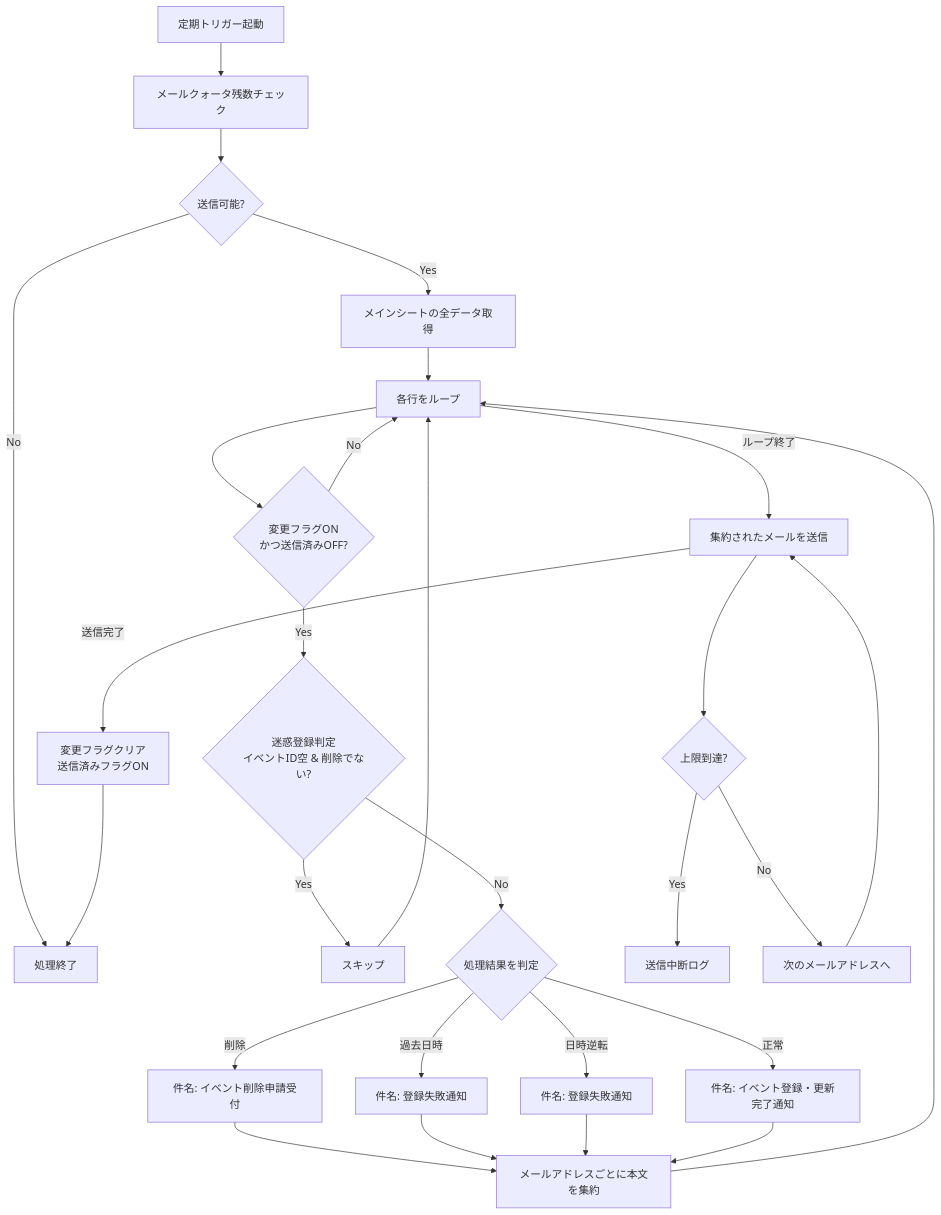
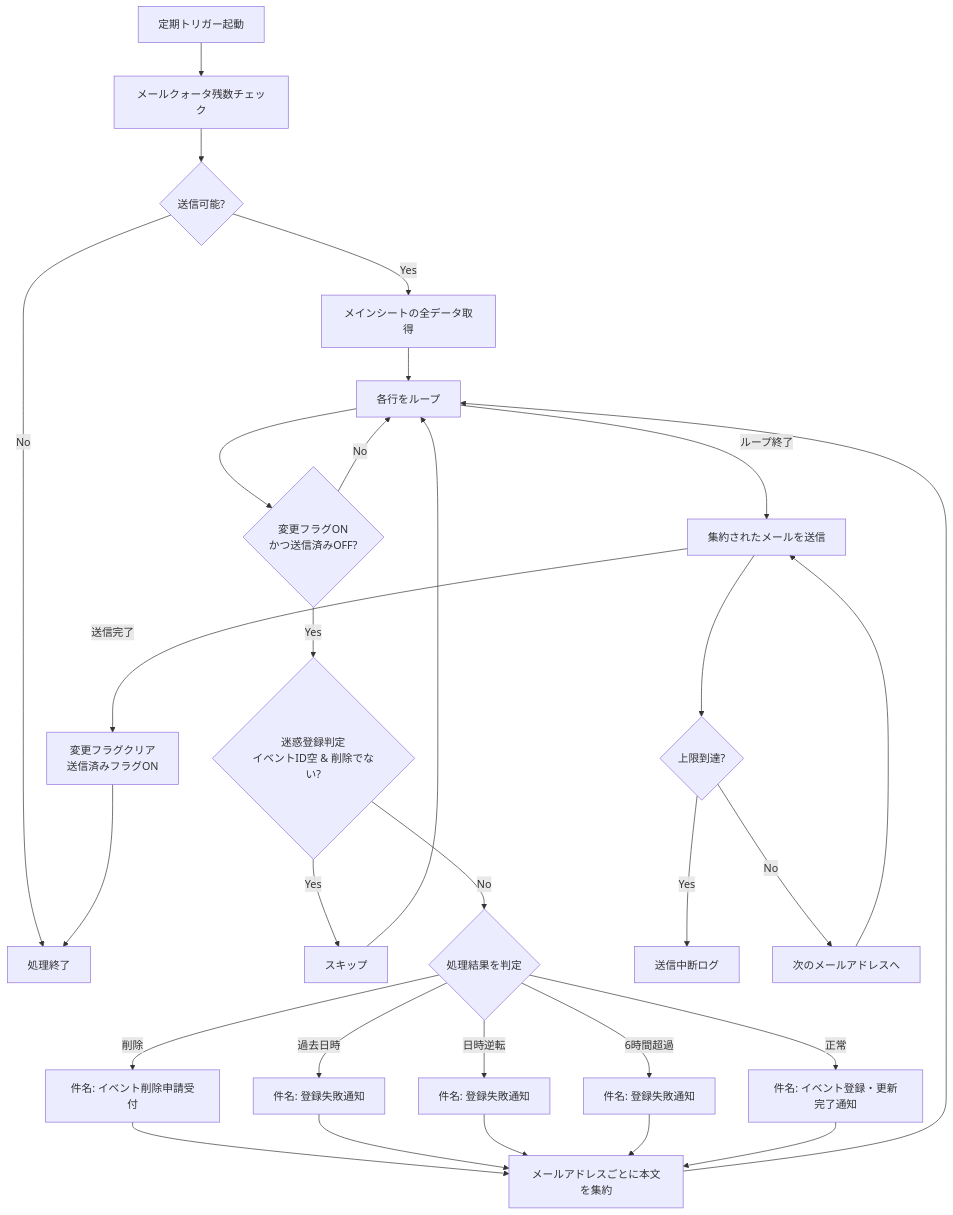
Before and after one commit to cuckoo000/vrc-calendar-gas: the fifth of 7 diagrams in docs/functional-design.md, drawn with Mermaid. The commit also changed other lines of this file and 1 other file, not shown here.

````diff
--- a/docs/functional-design.md
+++ b/docs/functional-design.md
@@ -275,35 +279,37 @@
 ```mermaid
 flowchart TD
     A[定期トリガー起動] --> B[メールクォータ残数チェック]
     B --> C{送信可能?}
     C -->|No| Z[処理終了]
     C -->|Yes| D[メインシートの全データ取得]
     D --> E[各行をループ]
 
     E --> F{変更フラグON\nかつ送信済みOFF?}
     F -->|No| E
     F -->|Yes| G{迷惑登録判定\nイベントID空 & 削除でない?}
     G -->|Yes| H[スキップ]
     H --> E
     G -->|No| I{処理結果を判定}
 
     I -->|削除| J["件名: イベント削除申請受付"]
     I -->|過去日時| K["件名: 登録失敗通知"]
     I -->|日時逆転| L["件名: 登録失敗通知"]
+    I -->|6時間超過| L2["件名: 登録失敗通知"]
     I -->|正常| M["件名: イベント登録・更新完了通知"]
 
     J --> N[メールアドレスごとに本文を集約]
     K --> N
     L --> N
+    L2 --> N
     M --> N
     N --> E
 
     E -->|ループ終了| O[集約されたメールを送信]
     O --> P{上限到達?}
     P -->|Yes| Q[送信中断ログ]
     P -->|No| R[次のメールアドレスへ]
     R --> O
 
     O -->|送信完了| S[変更フラグクリア\n送信済みフラグON]
     S --> Z
 ```
````
